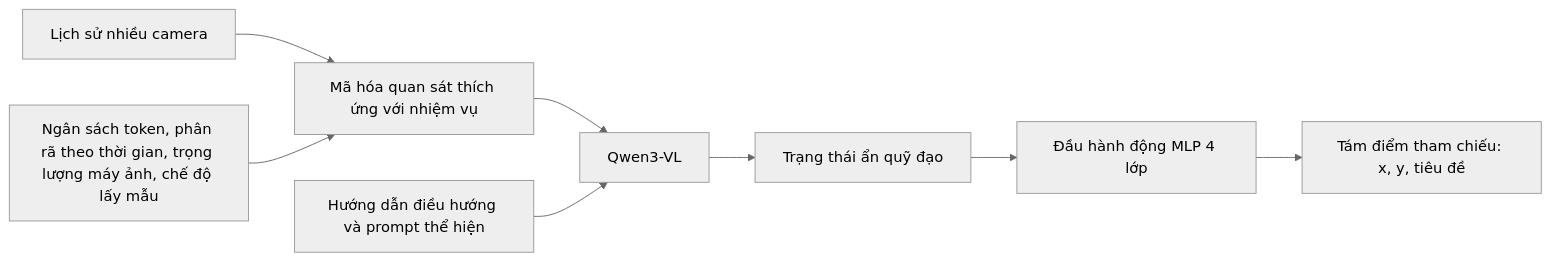
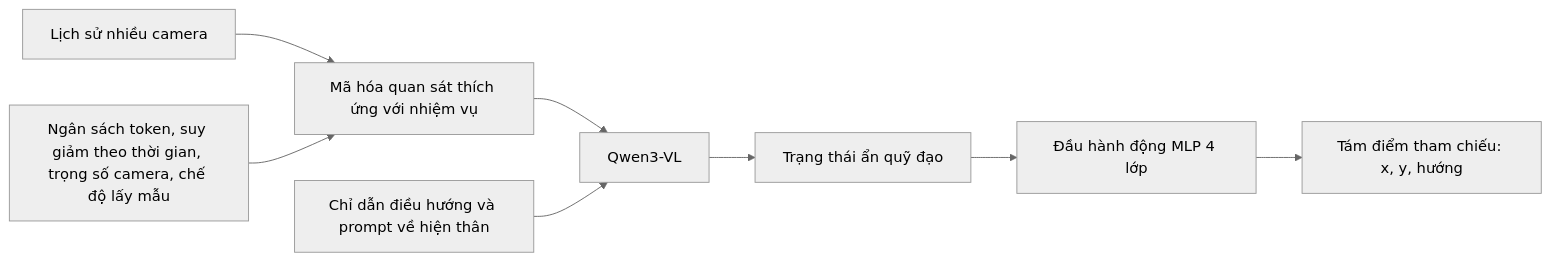
The first of 2 diagrams in docs/research_finding/01-gwen/qwen_models/Qwen-RobotNav/qwen_robotnav_details.md (cycler04/VinRobotics-VLA), drawn with Mermaid (neutral theme) before and after one commit. The commit also changed other lines of this file and 79 other files, not shown here.

````diff
--- a/docs/research_finding/01-gwen/qwen_models/Qwen-RobotNav/qwen_robotnav_details.md
+++ b/docs/research_finding/01-gwen/qwen_models/Qwen-RobotNav/qwen_robotnav_details.md
@@ -40,10 +40,10 @@
 ```mermaid
 flowchart LR
     M[Lịch sử nhiều camera] --> ENC[Mã hóa quan sát thích ứng với nhiệm vụ]
-    C[Ngân sách token, phân rã theo thời gian, trọng lượng máy ảnh, chế độ lấy mẫu] --> ENC
+    C[Ngân sách token, suy giảm theo thời gian, trọng số camera, chế độ lấy mẫu] --> ENC
     ENC --> VLM[Qwen3-VL]
-    P[Hướng dẫn điều hướng và prompt thể hiện] --> VLM
+    P[Chỉ dẫn điều hướng và prompt về hiện thân] --> VLM
     VLM --> H[Trạng thái ẩn quỹ đạo]
     H --> MLP[Đầu hành động MLP 4 lớp]
-    MLP --> W[Tám điểm tham chiếu: x, y, tiêu đề]
+    MLP --> W[Tám điểm tham chiếu: x, y, hướng]
 ```
````
